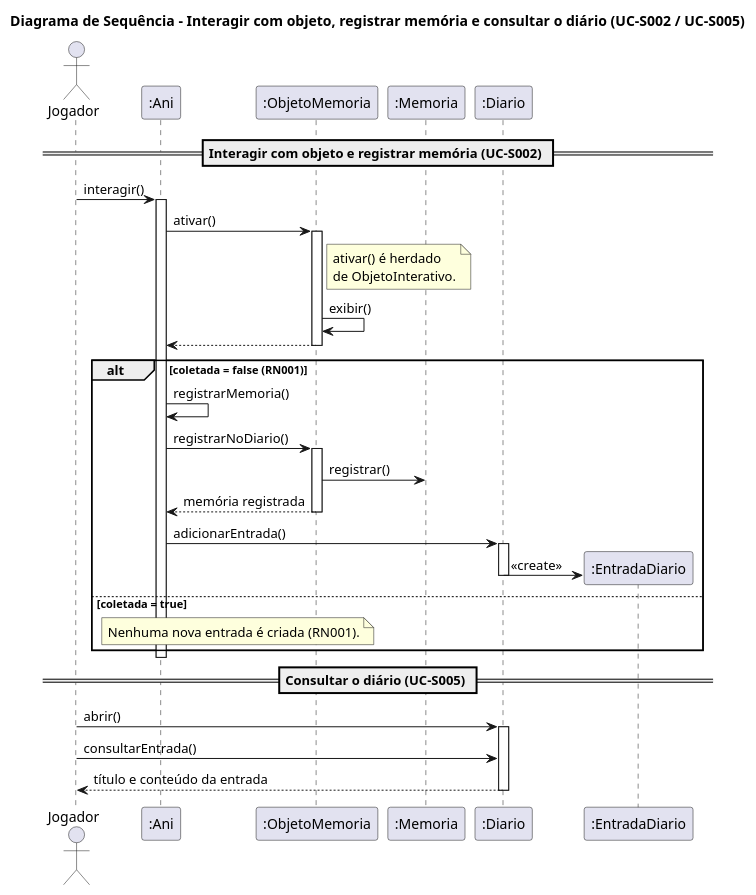
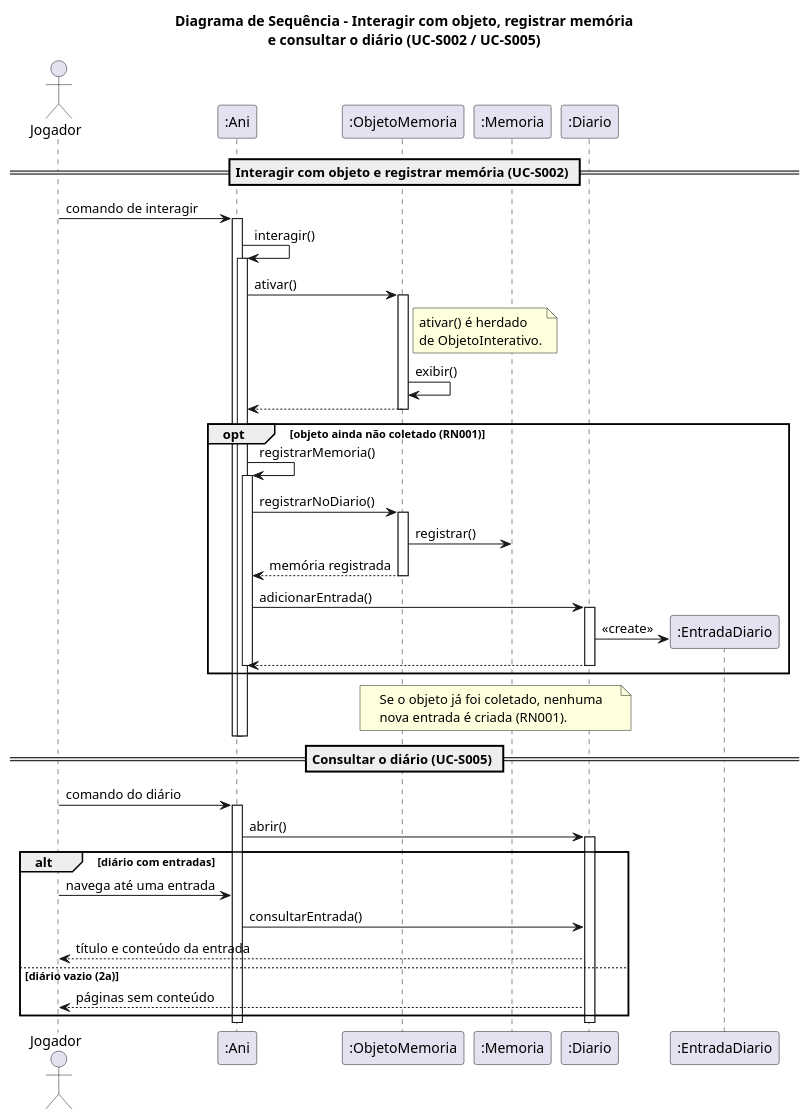
Before and after one commit to omatheusfaria/Ani: the diagram in docs/diagramas/sequencia-registrar-memoria.puml, drawn with PlantUML. The commit also changed 9 other files, not shown here.

Commit message:
Registra as correções do item 62 nos diagramas PlantUML e no texto do TG (alterações que estavam no working tree)

```diff
--- a/docs/diagramas/sequencia-registrar-memoria.puml
+++ b/docs/diagramas/sequencia-registrar-memoria.puml
@@ -1,42 +1,55 @@
 @startuml sequencia-registrar-memoria
-title Diagrama de Sequência – Interagir com objeto, registrar memória e consultar o diário (UC-S002 / UC-S005)
+title Diagrama de Sequência – Interagir com objeto, registrar memória\ne consultar o diário (UC-S002 / UC-S005)
 
 actor Jogador
 participant ":Ani" as Ani
 participant ":ObjetoMemoria" as OM
 participant ":Memoria" as Mem
 participant ":Diario" as Diario
 
 == Interagir com objeto e registrar memória (UC-S002) ==
-Jogador -> Ani : interagir()
+Jogador -> Ani : comando de interagir
+activate Ani
+Ani -> Ani : interagir()
 activate Ani
 Ani -> OM : ativar()
 activate OM
 note right of OM : ativar() é herdado\nde ObjetoInterativo.
 OM -> OM : exibir()
 OM --> Ani
 deactivate OM
-alt coletada = false (RN001)
+opt objeto ainda não coletado (RN001)
   Ani -> Ani : registrarMemoria()
+  activate Ani
   Ani -> OM : registrarNoDiario()
   activate OM
   OM -> Mem : registrar()
   OM --> Ani : memória registrada
   deactivate OM
   Ani -> Diario : adicionarEntrada()
   activate Diario
   create participant ":EntradaDiario" as Entrada
   Diario -> Entrada : «create»
+  Diario --> Ani
   deactivate Diario
-else coletada = true
-  note over Ani, OM : Nenhuma nova entrada é criada (RN001).
+  deactivate Ani
 end
+note over OM, Diario : Se o objeto já foi coletado, nenhuma\nnova entrada é criada (RN001).
+deactivate Ani
 deactivate Ani
 
 == Consultar o diário (UC-S005) ==
-Jogador -> Diario : abrir()
+Jogador -> Ani : comando do diário
+activate Ani
+Ani -> Diario : abrir()
 activate Diario
-Jogador -> Diario : consultarEntrada()
-Diario --> Jogador : título e conteúdo da entrada
+alt diário com entradas
+  Jogador -> Ani : navega até uma entrada
+  Ani -> Diario : consultarEntrada()
+  Diario --> Jogador : título e conteúdo da entrada
+else diário vazio (2a)
+  Diario --> Jogador : páginas sem conteúdo
+end
 deactivate Diario
+deactivate Ani
 @enduml
```
